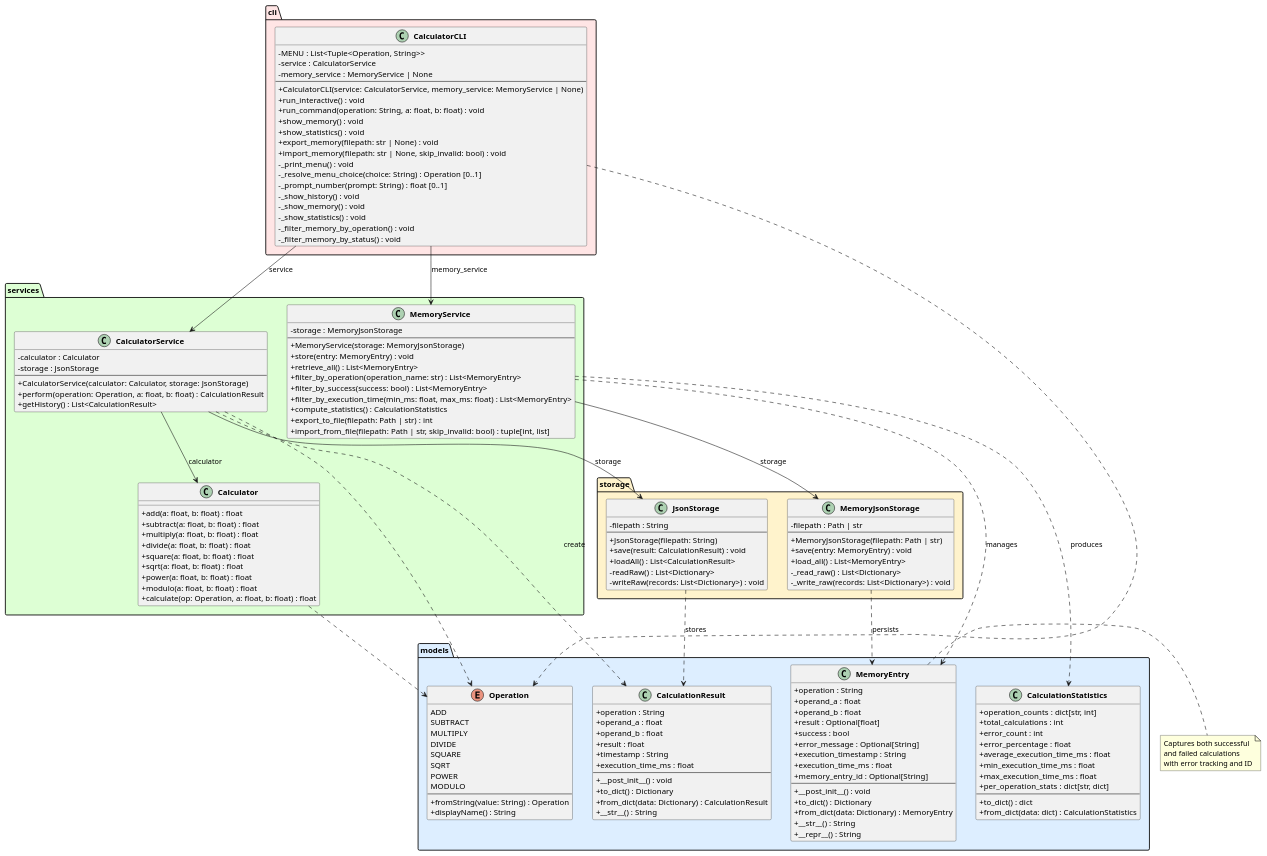
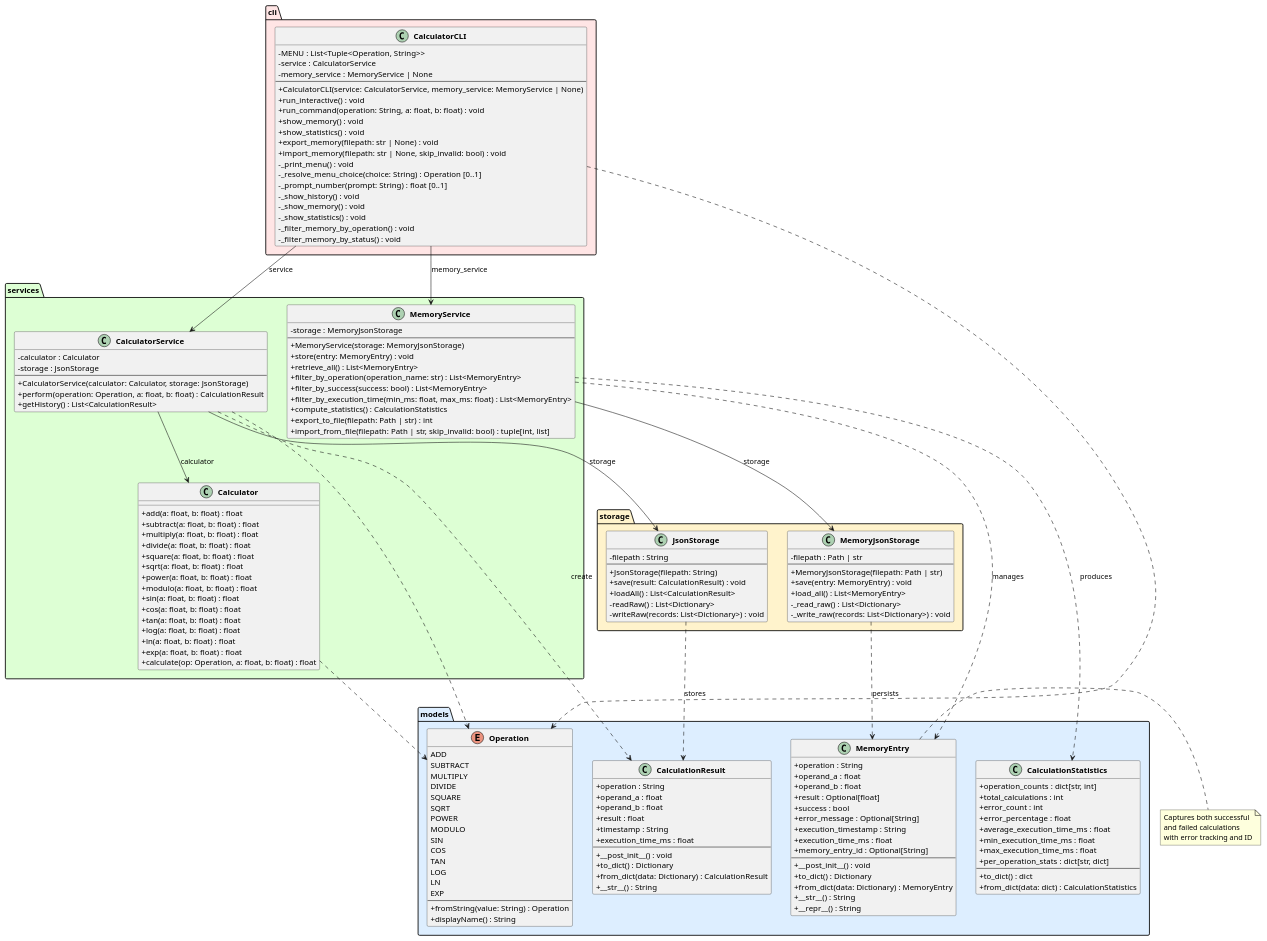
The diagram in experiments/pipeline/structured_text/calculator/artifacts/class_diagram.puml (DanielRiha8906/Software_autoevolution_using_agents), drawn with PlantUML before and after one commit. The commit also changed 10 other files, not shown here.

```diff
--- a/experiments/pipeline/structured_text/calculator/artifacts/class_diagram.puml
+++ b/experiments/pipeline/structured_text/calculator/artifacts/class_diagram.puml
@@ -1,172 +1,184 @@
 @startuml class_diagram
 
 skinparam classAttributeIconSize 0
 skinparam classFontStyle bold
 
 package "models" #DDEEFF {
     enum Operation {
         ADD
         SUBTRACT
         MULTIPLY
         DIVIDE
         SQUARE
         SQRT
         POWER
         MODULO
+        SIN
+        COS
+        TAN
+        LOG
+        LN
+        EXP
         --
         +fromString(value: String) : Operation
         +displayName() : String
     }
 
     class CalculationResult {
         +operation : String
         +operand_a : float
         +operand_b : float
         +result : float
         +timestamp : String
         +execution_time_ms : float
         --
         +__post_init__() : void
         +to_dict() : Dictionary
         +from_dict(data: Dictionary) : CalculationResult
         +__str__() : String
     }
 
     class MemoryEntry {
         +operation : String
         +operand_a : float
         +operand_b : float
         +result : Optional[float]
         +success : bool
         +error_message : Optional[String]
         +execution_timestamp : String
         +execution_time_ms : float
         +memory_entry_id : Optional[String]
         --
         +__post_init__() : void
         +to_dict() : Dictionary
         +from_dict(data: Dictionary) : MemoryEntry
         +__str__() : String
         +__repr__() : String
     }
 
     class CalculationStatistics {
         +operation_counts : dict[str, int]
         +total_calculations : int
         +error_count : int
         +error_percentage : float
         +average_execution_time_ms : float
         +min_execution_time_ms : float
         +max_execution_time_ms : float
         +per_operation_stats : dict[str, dict]
         --
         +to_dict() : dict
         +from_dict(data: dict) : CalculationStatistics
     }
 }
 
 package "services" #DDFFD4 {
     class Calculator {
         +add(a: float, b: float) : float
         +subtract(a: float, b: float) : float
         +multiply(a: float, b: float) : float
         +divide(a: float, b: float) : float
         +square(a: float, b: float) : float
         +sqrt(a: float, b: float) : float
         +power(a: float, b: float) : float
         +modulo(a: float, b: float) : float
+        +sin(a: float, b: float) : float
+        +cos(a: float, b: float) : float
+        +tan(a: float, b: float) : float
+        +log(a: float, b: float) : float
+        +ln(a: float, b: float) : float
+        +exp(a: float, b: float) : float
         +calculate(op: Operation, a: float, b: float) : float
     }
 
     class CalculatorService {
         -calculator : Calculator
         -storage : JsonStorage
         --
         +CalculatorService(calculator: Calculator, storage: JsonStorage)
         +perform(operation: Operation, a: float, b: float) : CalculationResult
         +getHistory() : List<CalculationResult>
     }
 
     class MemoryService {
         -storage : MemoryJsonStorage
         --
         +MemoryService(storage: MemoryJsonStorage)
         +store(entry: MemoryEntry) : void
         +retrieve_all() : List<MemoryEntry>
         +filter_by_operation(operation_name: str) : List<MemoryEntry>
         +filter_by_success(success: bool) : List<MemoryEntry>
         +filter_by_execution_time(min_ms: float, max_ms: float) : List<MemoryEntry>
         +compute_statistics() : CalculationStatistics
         +export_to_file(filepath: Path | str) : int
         +import_from_file(filepath: Path | str, skip_invalid: bool) : tuple[int, list]
     }
 }
 
 package "storage" #FFF3CC {
     class JsonStorage {
         -filepath : String
         --
         +JsonStorage(filepath: String)
         +save(result: CalculationResult) : void
         +loadAll() : List<CalculationResult>
         -readRaw() : List<Dictionary>
         -writeRaw(records: List<Dictionary>) : void
     }
 
     class MemoryJsonStorage {
         -filepath : Path | str
         --
         +MemoryJsonStorage(filepath: Path | str)
         +save(entry: MemoryEntry) : void
         +load_all() : List<MemoryEntry>
         -_read_raw() : List<Dictionary>
         -_write_raw(records: List<Dictionary>) : void
     }
 }
 
 package "cli" #FFE5E5 {
     class CalculatorCLI {
         -MENU : List<Tuple<Operation, String>>
         -service : CalculatorService
         -memory_service : MemoryService | None
         --
         +CalculatorCLI(service: CalculatorService, memory_service: MemoryService | None)
         +run_interactive() : void
         +run_command(operation: String, a: float, b: float) : void
         +show_memory() : void
         +show_statistics() : void
         +export_memory(filepath: str | None) : void
         +import_memory(filepath: str | None, skip_invalid: bool) : void
         -_print_menu() : void
         -_resolve_menu_choice(choice: String) : Operation [0..1]
         -_prompt_number(prompt: String) : float [0..1]
         -_show_history() : void
         -_show_memory() : void
         -_show_statistics() : void
         -_filter_memory_by_operation() : void
         -_filter_memory_by_status() : void
     }
 }
 
 CalculatorCLI --> CalculatorService : service
 CalculatorCLI --> MemoryService : memory_service
 CalculatorService --> Calculator : calculator
 CalculatorService --> JsonStorage : storage
 MemoryService --> MemoryJsonStorage : storage
 
 CalculatorService ..> CalculationResult : create
 CalculatorService ..> Operation
 CalculatorCLI ..> Operation
 Calculator ..> Operation
 JsonStorage ..> CalculationResult : stores
 MemoryService ..> MemoryEntry : manages
 MemoryService ..> CalculationStatistics : produces
 MemoryJsonStorage ..> MemoryEntry : persists
 
 note right of MemoryEntry
   Captures both successful
   and failed calculations
   with error tracking and ID
 end note
 
 @enduml
```
